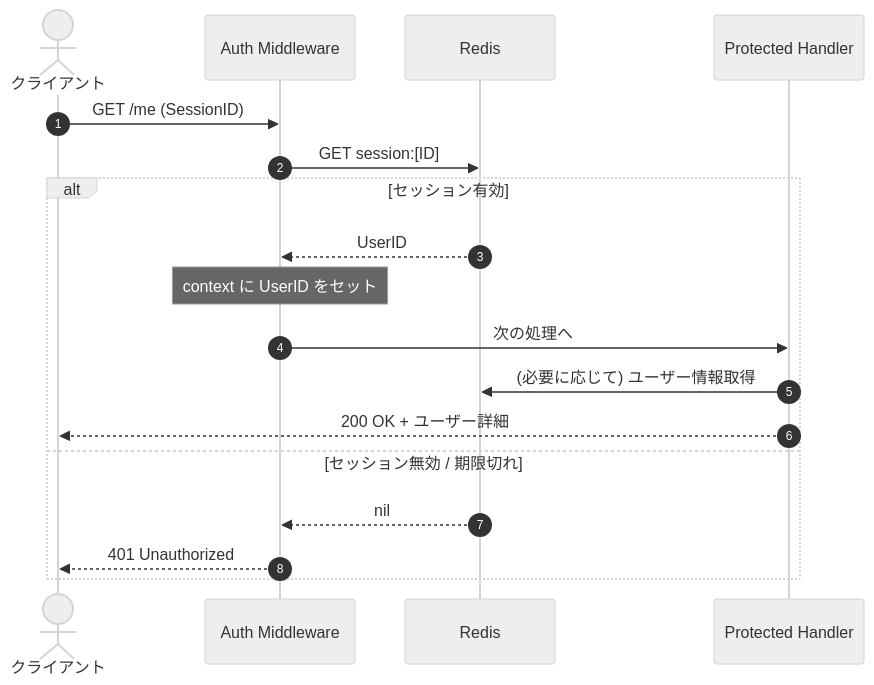
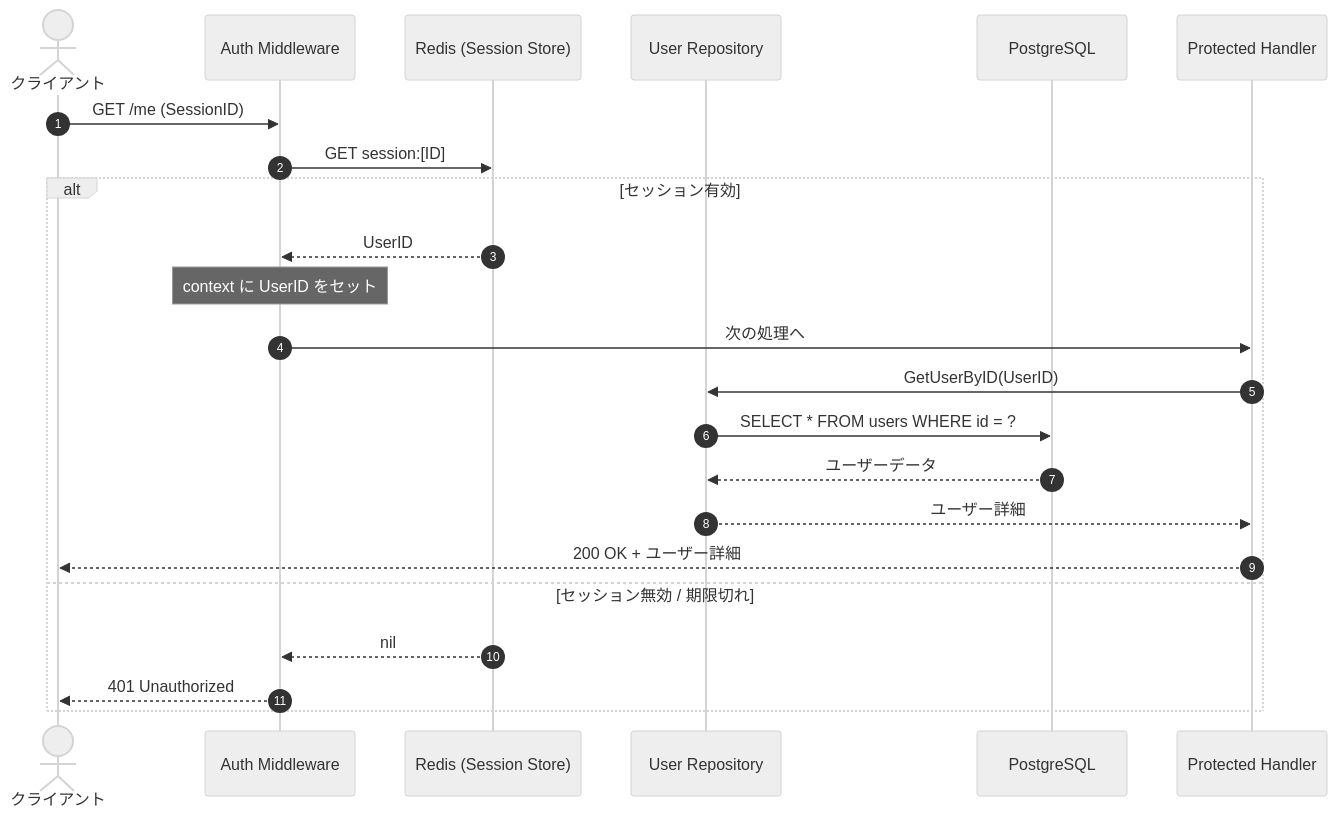
Before and after one commit to annyouu/Daburi-Zero: the third of 3 diagrams in backend/docs/authentication/login_flow.md, drawn with Mermaid (neutral theme).

Commit message:
docs: ログインフロー図作成

````diff
--- a/backend/docs/authentication/login_flow.md
+++ b/backend/docs/authentication/login_flow.md
@@ -54,22 +54,27 @@
 ```mermaid
 sequenceDiagram
     autonumber
     actor User as クライアント
     participant Mid as Auth Middleware
-    participant Redis as Redis
+    participant Redis as Redis (Session Store)
+    participant Repo as User Repository
+    participant DB as PostgreSQL
     participant Handler as Protected Handler
 
     User->>Mid: GET /me (SessionID)
     Mid->>Redis: GET session:[ID]
 
     alt セッション有効
         Redis-->>Mid: UserID
         Note over Mid: context に UserID をセット
         Mid->>Handler: 次の処理へ
-        Handler->>Redis: (必要に応じて) ユーザー情報取得
+        Handler->>Repo: GetUserByID(UserID)
+        Repo->>DB: SELECT * FROM users WHERE id = ?
+        DB-->>Repo: ユーザーデータ
+        Repo-->>Handler: ユーザー詳細
         Handler-->>User: 200 OK + ユーザー詳細
     else セッション無効 / 期限切れ
         Redis-->>Mid: nil
         Mid-->>User: 401 Unauthorized
     end
 ```
````
